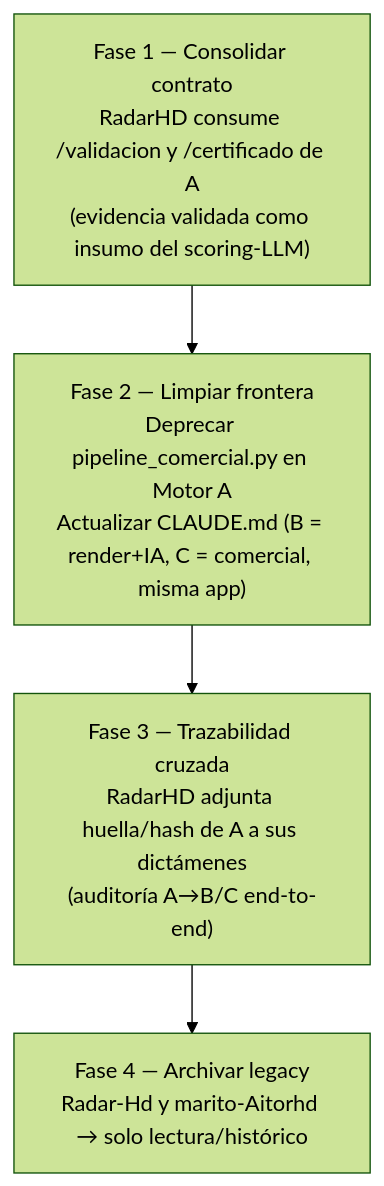
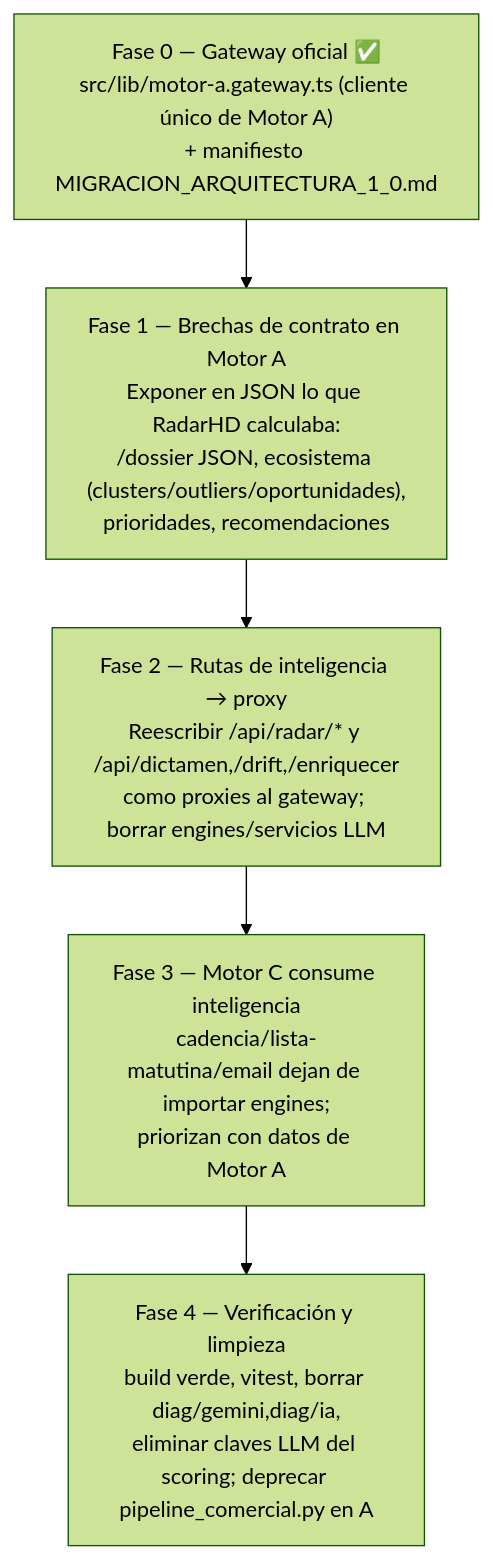
Before and after one commit to Aitor-1977/antrosapiens: the diagram in ROADMAP_ARQUITECTONICO.md, drawn with Mermaid (forest theme). The commit also changed other lines of this file and 4 other files, not shown here.

````diff
--- a/ROADMAP_ARQUITECTONICO.md
+++ b/ROADMAP_ARQUITECTONICO.md
@@ -31,8 +34,9 @@
 ```mermaid
 flowchart TB
-    F1["Fase 1 — Consolidar contrato<br/>RadarHD consume /validacion y /certificado de A<br/>(evidencia validada como insumo del scoring-LLM)"]
-    F2["Fase 2 — Limpiar frontera<br/>Deprecar pipeline_comercial.py en Motor A<br/>Actualizar CLAUDE.md (B = render+IA, C = comercial, misma app)"]
-    F3["Fase 3 — Trazabilidad cruzada<br/>RadarHD adjunta huella/hash de A a sus dictámenes<br/>(auditoría A→B/C end-to-end)"]
-    F4["Fase 4 — Archivar legacy<br/>Radar-Hd y marito-Aitorhd → solo lectura/histórico"]
-    F1 --> F2 --> F3 --> F4
+    F0["Fase 0 — Gateway oficial ✅<br/>src/lib/motor-a.gateway.ts (cliente único de Motor A)<br/>+ manifiesto MIGRACION_ARQUITECTURA_1_0.md"]
+    F1["Fase 1 — Brechas de contrato en Motor A<br/>Exponer en JSON lo que RadarHD calculaba:<br/>/dossier JSON, ecosistema (clusters/outliers/oportunidades),<br/>prioridades, recomendaciones"]
+    F2["Fase 2 — Rutas de inteligencia → proxy<br/>Reescribir /api/radar/* y /api/dictamen,/drift,/enriquecer<br/>como proxies al gateway; borrar engines/servicios LLM"]
+    F3["Fase 3 — Motor C consume inteligencia<br/>cadencia/lista-matutina/email dejan de importar engines;<br/>priorizan con datos de Motor A"]
+    F4["Fase 4 — Verificación y limpieza<br/>build verde, vitest, borrar diag/gemini,diag/ia,<br/>eliminar claves LLM del scoring; deprecar pipeline_comercial.py en A"]
+    F0 --> F1 --> F2 --> F3 --> F4
 ```
````
